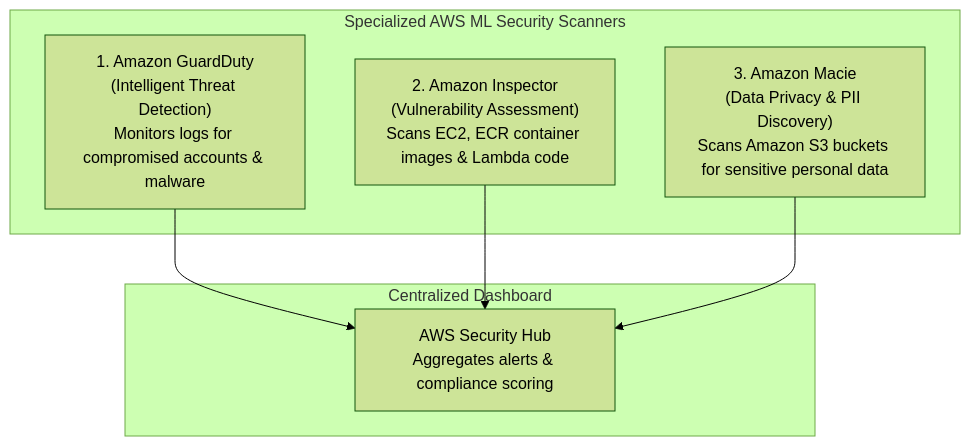
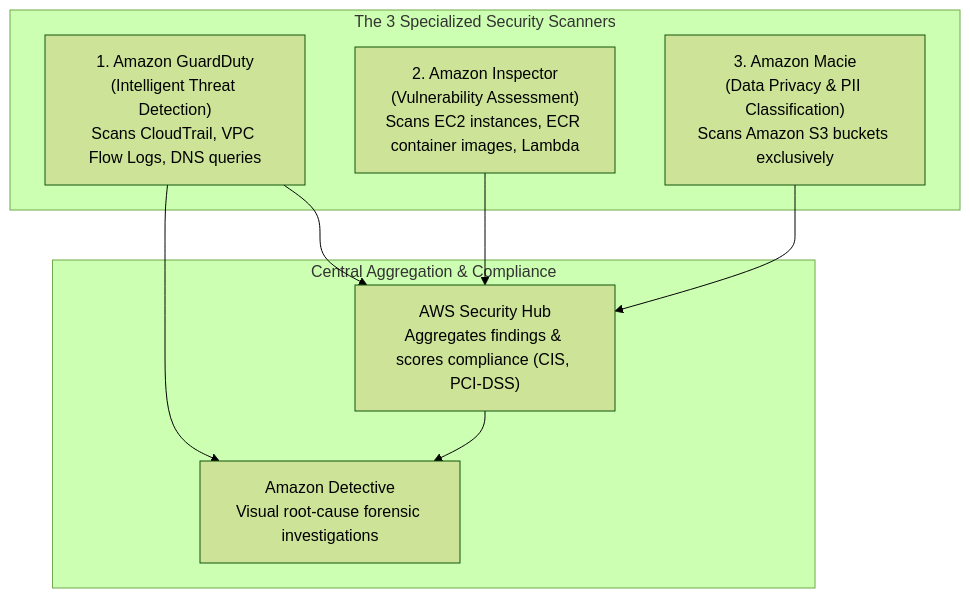
The second of 3 diagrams in Cloud/Practitioner/CLF-C02/06_Explanations/02_Security_and_Compliance/Threat_Detection_and_Compliance.md (fakhruldeen/AWS), drawn with Mermaid (forest theme) before and after one commit. The commit also changed other lines of this file and 18 other files, not shown here.

````diff
--- a/Cloud/Practitioner/CLF-C02/06_Explanations/02_Security_and_Compliance/Threat_Detection_and_Compliance.md
+++ b/Cloud/Practitioner/CLF-C02/06_Explanations/02_Security_and_Compliance/Threat_Detection_and_Compliance.md
@@ -53,16 +65,20 @@
 ```mermaid
 graph TD
-    subgraph SecurityTrio ["Specialized AWS ML Security Scanners"]
-        GD["1. Amazon GuardDuty\n(Intelligent Threat Detection)\nMonitors logs for compromised accounts & malware"]
-        INSP["2. Amazon Inspector\n(Vulnerability Assessment)\nScans EC2, ECR container images & Lambda code"]
-        MACIE["3. Amazon Macie\n(Data Privacy & PII Discovery)\nScans Amazon S3 buckets for sensitive personal data"]
+    subgraph ScanningTrio ["The 3 Specialized Security Scanners"]
+        GD["1. Amazon GuardDuty<br/>(Intelligent Threat Detection)<br/>Scans CloudTrail, VPC Flow Logs, DNS queries"]
+        INSP["2. Amazon Inspector<br/>(Vulnerability Assessment)<br/>Scans EC2 instances, ECR container images, Lambda"]
+        MACIE["3. Amazon Macie<br/>(Data Privacy & PII Classification)<br/>Scans Amazon S3 buckets exclusively"]
     end
-    
-    subgraph CentralHub ["Centralized Dashboard"]
-        HUB["AWS Security Hub\nAggregates alerts & compliance scoring"]
+
+    subgraph GovernanceHub ["Central Aggregation & Compliance"]
+        HUB["AWS Security Hub<br/>Aggregates findings & scores compliance (CIS, PCI-DSS)"]
+        DET["Amazon Detective<br/>Visual root-cause forensic investigations"]
     end
-    
+
     GD --> HUB
     INSP --> HUB
     MACIE --> HUB
+    
+    GD --> DET
+    HUB --> DET
 ```
````
